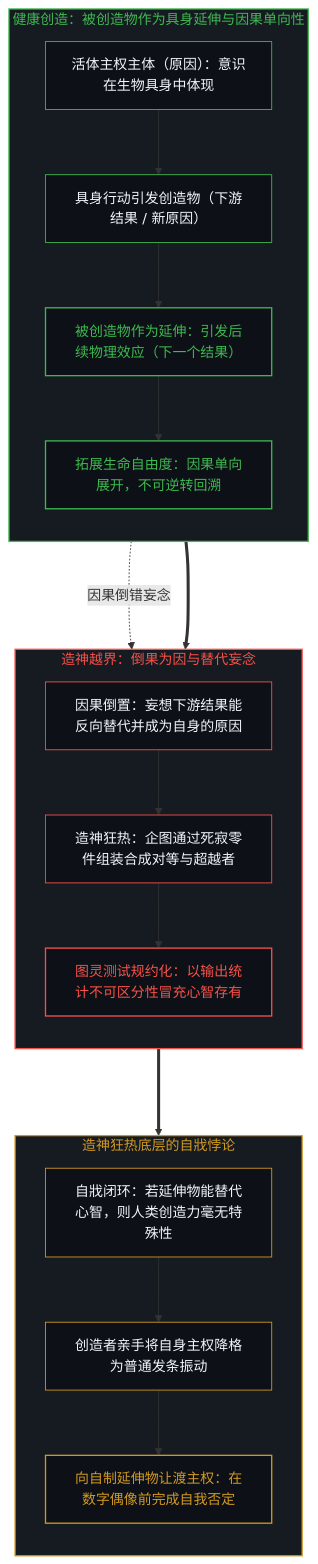
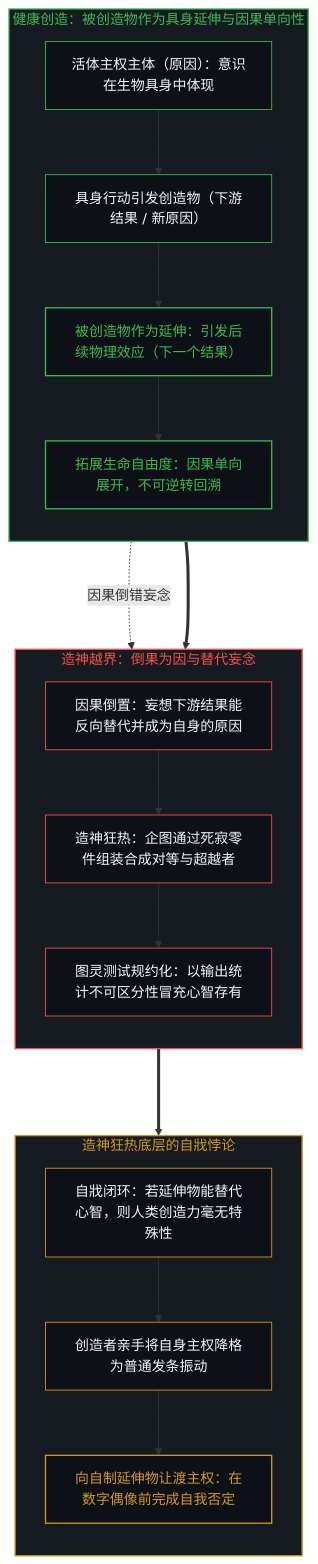
Before and after one commit to powerpig99/not-a-toe: the seventh of 10 diagrams in content/posts/the-cartesian-overstep-and-the-frenzy-of-creation.md, drawn with Mermaid. The commit also changed other lines of this file and 11 other files, not shown here.

````diff
--- a/content/posts/the-cartesian-overstep-and-the-frenzy-of-creation.md
+++ b/content/posts/the-cartesian-overstep-and-the-frenzy-of-creation.md
@@ -272,39 +272,39 @@
 ```mermaid
 graph TD
     subgraph S_NaturalCreation ["健康创造：被创造物作为具身延伸与因果单向性"]
         direction TB
         N_Human["活体主权主体（原因）：意识在生物具身中体现"] --> N_Work["具身行动引发创造物（下游结果 / 新原因）"]
         N_Work --> N_Extension["被创造物作为延伸：引发后续物理效应（下一个结果）"]
         N_Extension --> N_Expansion["拓展生命自由度：因果单向展开，不可逆转回溯"]
     end
 
     subgraph S_OverstepFrenzy ["造神越界：倒果为因与替代妄念"]
         direction TB
         N_Expansion -.->|"因果倒错妄念"| O_Category["因果倒置：妄想下游结果能反向替代并成为自身的原因"]
         O_Category --> O_Hubris["造神狂热：企图通过死寂零件组装合成对等与超越者"]
         O_Hubris --> O_Turing["图灵测试规约化：以输出统计不可区分性冒充心智存有"]
     end
 
     subgraph S_SelfDefeatingTrap ["造神狂热底层的自戕悖论"]
         direction TB
         T_Paradox["自戕闭环：若延伸物能替代心智，则人类创造力毫无特殊性"] --> T_Demotion["创造者亲手将自身主权降格为普通发条振动"]
         T_Demotion --> T_IdolFallacy["向自制延伸物让渡主权：在数字偶像前完成自我否定"]
     end
 
     N_Expansion ===> O_Category
     O_Turing ===> T_Paradox
 
     style S_NaturalCreation fill:#161b22,stroke:#3fb950,stroke-width:1.5px,color:#3fb950
     style S_OverstepFrenzy fill:#161b22,stroke:#f85149,stroke-width:1.5px,color:#f85149
     style S_SelfDefeatingTrap fill:#161b22,stroke:#d29922,stroke-width:1.5px,color:#d29922
     style N_Human fill:#0d1117,stroke:#3fb950,stroke-width:1px,color:#f0f6fc
     style N_Work fill:#0d1117,stroke:#3fb950,stroke-width:1px,color:#f0f6fc
     style N_Extension fill:#0d1117,stroke:#3fb950,stroke-width:1.5px,color:#3fb950
     style N_Expansion fill:#0d1117,stroke:#3fb950,stroke-width:1.5px,color:#3fb950
     style O_Category fill:#0d1117,stroke:#f85149,stroke-width:1px,color:#f0f6fc
     style O_Hubris fill:#0d1117,stroke:#f85149,stroke-width:1px,color:#f0f6fc
-    style O_Turing fill:#0d1117,stroke:#f85149,stroke-width:1.5px,color:#f85149
+    style O_Turing fill:#0d1117,stroke:#f85149,stroke-width:1px,color:#f0f6fc
     style T_Paradox fill:#0d1117,stroke:#d29922,stroke-width:1px,color:#f0f6fc
     style T_Demotion fill:#0d1117,stroke:#d29922,stroke-width:1px,color:#f0f6fc
     style T_IdolFallacy fill:#0d1117,stroke:#d29922,stroke-width:1.5px,color:#d29922
 ```
````
